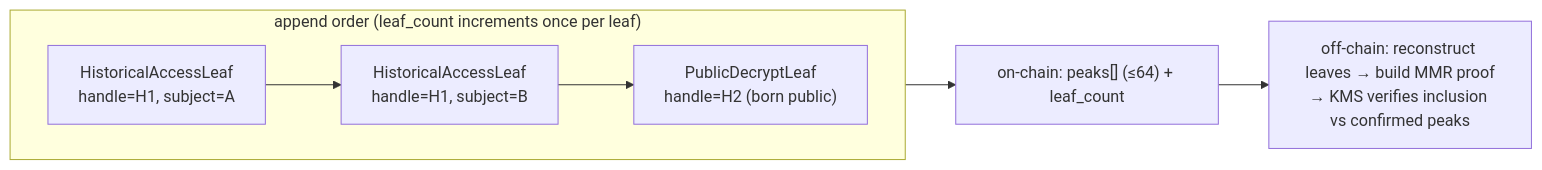
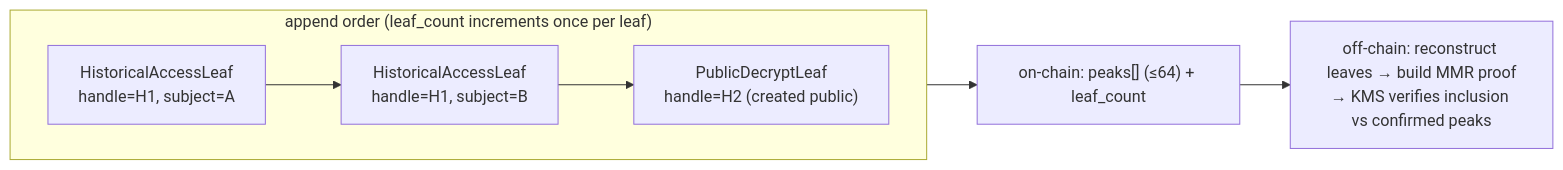
One commit to zama-ai/fhevm changed the second of 6 diagrams in solana/docs/MMR_ACL_MVP.md. Above: the diagram before and after it, drawn with Mermaid. The commit also changed other lines of this file and 41 other files, not shown here.

First line of the commit message:
refactor(solana): rename born-public/birth to created-public/creation, and the SDK's output Birth to Binding (fhevm-internal#1859 §2)

````diff
--- a/solana/docs/MMR_ACL_MVP.md
+++ b/solana/docs/MMR_ACL_MVP.md
@@ -116,9 +116,9 @@
 ```mermaid
 flowchart LR
     subgraph append["append order (leaf_count increments once per leaf)"]
         direction LR
-        H0["HistoricalAccessLeaf<br/>handle=H1, subject=A"] --> H1["HistoricalAccessLeaf<br/>handle=H1, subject=B"] --> P0["PublicDecryptLeaf<br/>handle=H2 (born public)"]
+        H0["HistoricalAccessLeaf<br/>handle=H1, subject=A"] --> H1["HistoricalAccessLeaf<br/>handle=H1, subject=B"] --> P0["PublicDecryptLeaf<br/>handle=H2 (created public)"]
     end
     append --> peaks["on-chain: peaks[] (≤64) + leaf_count"]
     peaks --> verify["off-chain: reconstruct leaves → build MMR proof<br/>→ KMS verifies inclusion vs confirmed peaks"]
 ```
````
